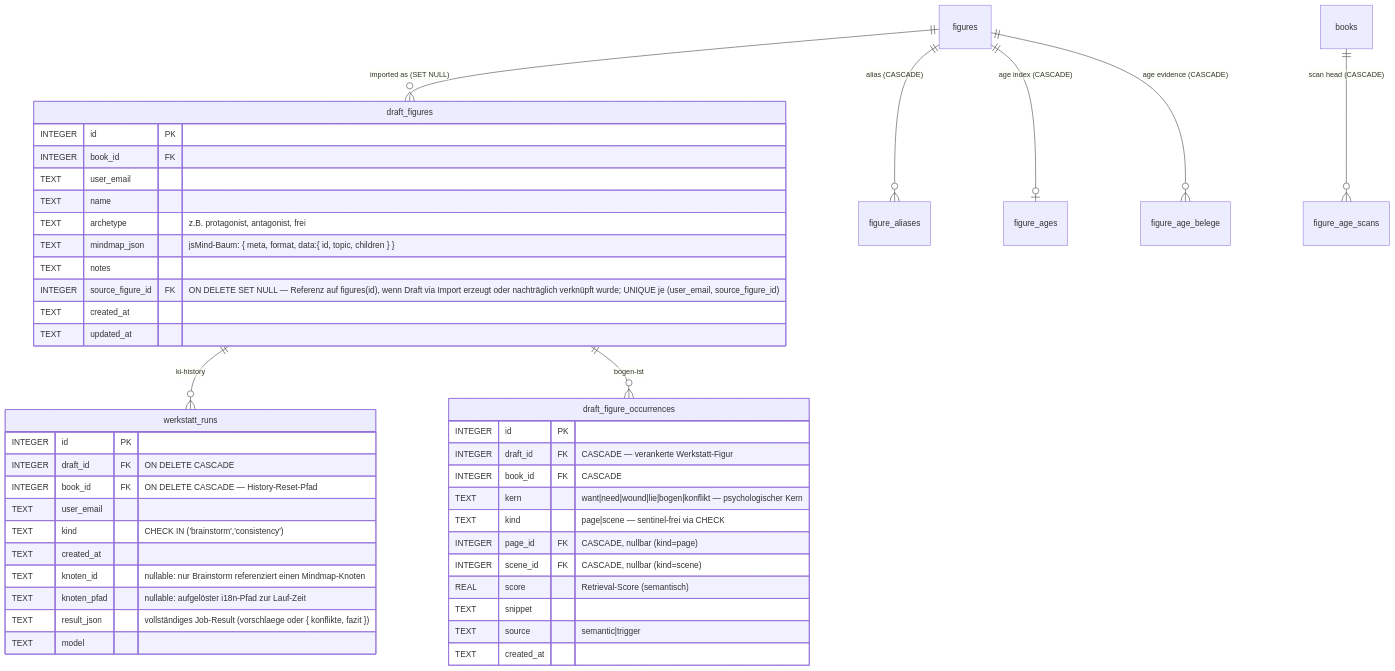
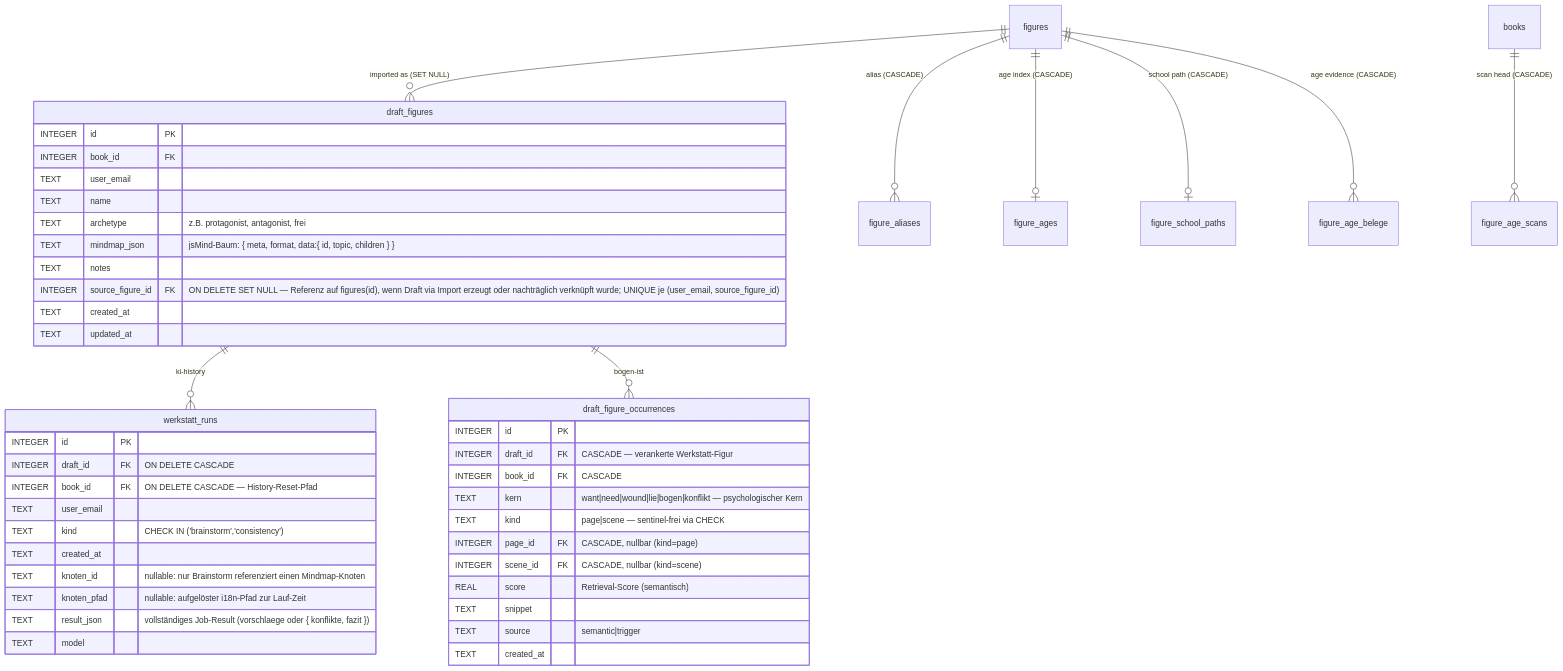
One commit to schreibwerkstatt/schreibwerkstatt changed the fourth of 8 diagrams in docs/erd.md. Above: the diagram before and after it, drawn with Mermaid. The commit also changed other lines of this file and 123 other files, not shown here.

````diff
--- a/docs/erd.md
+++ b/docs/erd.md
@@ -1123,47 +1134,48 @@
 ```mermaid
 erDiagram
   draft_figures {
     INTEGER id               PK
     INTEGER book_id          FK
     TEXT    user_email
     TEXT    name
     TEXT    archetype        "z.B. protagonist, antagonist, frei"
     TEXT    mindmap_json     "jsMind-Baum: { meta, format, data:{ id, topic, children } }"
     TEXT    notes
     INTEGER source_figure_id FK "ON DELETE SET NULL — Referenz auf figures(id), wenn Draft via Import erzeugt oder nachträglich verknüpft wurde; UNIQUE je (user_email, source_figure_id)"
     TEXT    created_at
     TEXT    updated_at
   }
   draft_figure_occurrences {
     INTEGER id         PK
     INTEGER draft_id   FK "CASCADE — verankerte Werkstatt-Figur"
     INTEGER book_id    FK "CASCADE"
     TEXT    kern       "want|need|wound|lie|bogen|konflikt — psychologischer Kern"
     TEXT    kind       "page|scene — sentinel-frei via CHECK"
     INTEGER page_id    FK "CASCADE, nullbar (kind=page)"
     INTEGER scene_id   FK "CASCADE, nullbar (kind=scene)"
     REAL    score      "Retrieval-Score (semantisch)"
     TEXT    snippet
     TEXT    source     "semantic|trigger"
     TEXT    created_at
   }
   werkstatt_runs {
     INTEGER id          PK
     INTEGER draft_id    FK "ON DELETE CASCADE"
     INTEGER book_id     FK "ON DELETE CASCADE — History-Reset-Pfad"
     TEXT    user_email
     TEXT    kind        "CHECK IN ('brainstorm','consistency')"
     TEXT    created_at
     TEXT    knoten_id   "nullable: nur Brainstorm referenziert einen Mindmap-Knoten"
     TEXT    knoten_pfad "nullable: aufgelöster i18n-Pfad zur Lauf-Zeit"
     TEXT    result_json "vollständiges Job-Result (vorschlaege oder { konflikte, fazit })"
     TEXT    model
   }
   figures ||--o{ figure_aliases : "alias (CASCADE)"
   figures ||--o| figure_ages : "age index (CASCADE)"
+  figures ||--o| figure_school_paths : "school path (CASCADE)"
   figures ||--o{ figure_age_belege : "age evidence (CASCADE)"
   books ||--o{ figure_age_scans : "scan head (CASCADE)"
   figures ||--o{ draft_figures : "imported as (SET NULL)"
   draft_figures ||--o{ werkstatt_runs : "ki-history"
   draft_figures ||--o{ draft_figure_occurrences : "bogen-ist"
 ```
````
